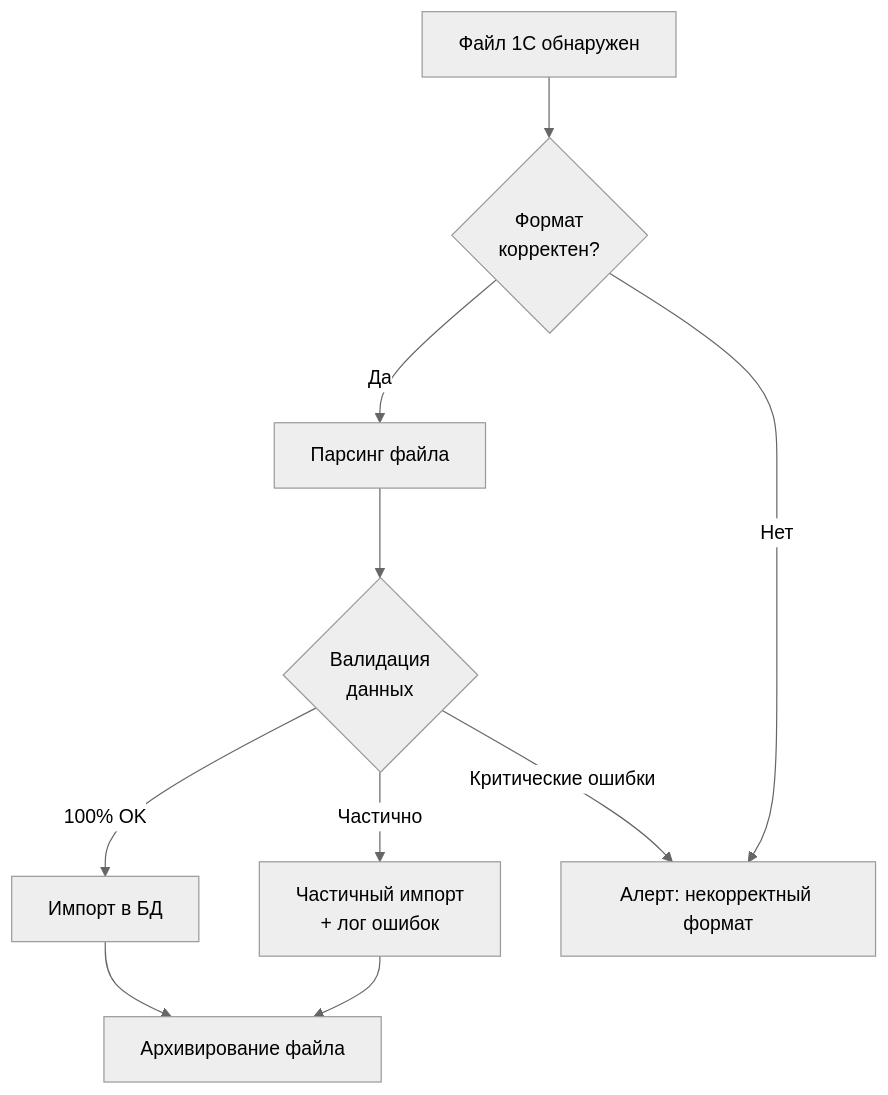
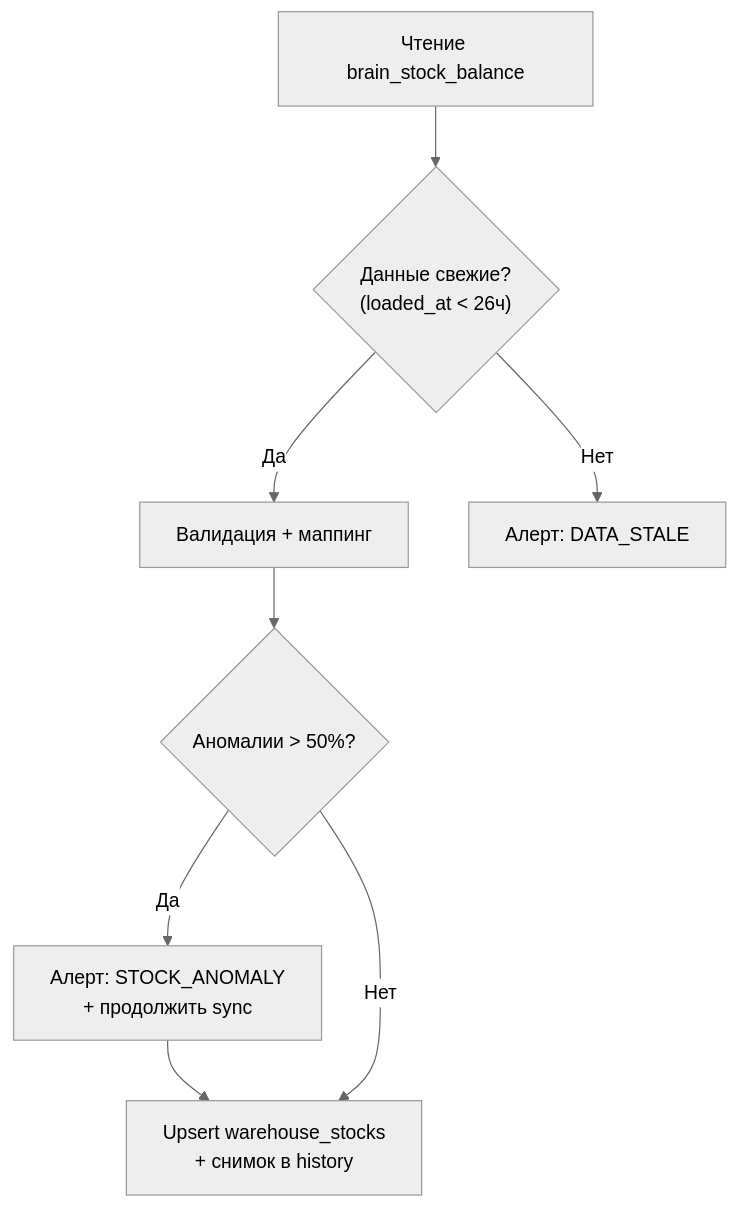
The ninth of 11 diagrams in logistic/adolf_logistic_1_architecture.md (Sign25/Docs), drawn with Mermaid (neutral theme) before and after one commit. The commit also changed other lines of this file, not shown here.

Commit message:
Logistic Раздел 1: v2.1 — архитектура с brain_* вместо файлового импорта

````diff
--- a/logistic/adolf_logistic_1_architecture.md
+++ b/logistic/adolf_logistic_1_architecture.md
@@ -606,20 +602,17 @@
 ```mermaid
 flowchart TD
-    FILE["Файл 1С обнаружен"]
-    FORMAT{"Формат<br/>корректен?"}
-    PARSE["Парсинг файла"]
-    VALIDATE{"Валидация<br/>данных"}
+    READ["Чтение brain_stock_balance"]
+    FRESH{"Данные свежие?<br/>(loaded_at < 26ч)"}
+    VALIDATE["Валидация + маппинг"]
+    ANOMALY{"Аномалии > 50%?"}
     
-    IMPORT["Импорт в БД"]
-    ARCHIVE["Архивирование файла"]
+    SYNC["Upsert warehouse_stocks<br/>+ снимок в history"]
+    STALE_ALERT["Алерт: DATA_STALE"]
+    ANOMALY_ALERT["Алерт: STOCK_ANOMALY<br/>+ продолжить sync"]
     
-    FORMAT_ERR["Алерт: некорректный формат"]
-    PARTIAL["Частичный импорт<br/>+ лог ошибок"]
-    
-    FILE --> FORMAT
-    FORMAT -->|Да| PARSE --> VALIDATE
-    FORMAT -->|Нет| FORMAT_ERR
-    VALIDATE -->|100% OK| IMPORT --> ARCHIVE
-    VALIDATE -->|Частично| PARTIAL --> ARCHIVE
-    VALIDATE -->|Критические ошибки| FORMAT_ERR
+    READ --> FRESH
+    FRESH -->|Да| VALIDATE --> ANOMALY
+    FRESH -->|Нет| STALE_ALERT
+    ANOMALY -->|Да| ANOMALY_ALERT --> SYNC
+    ANOMALY -->|Нет| SYNC
 ```
````
